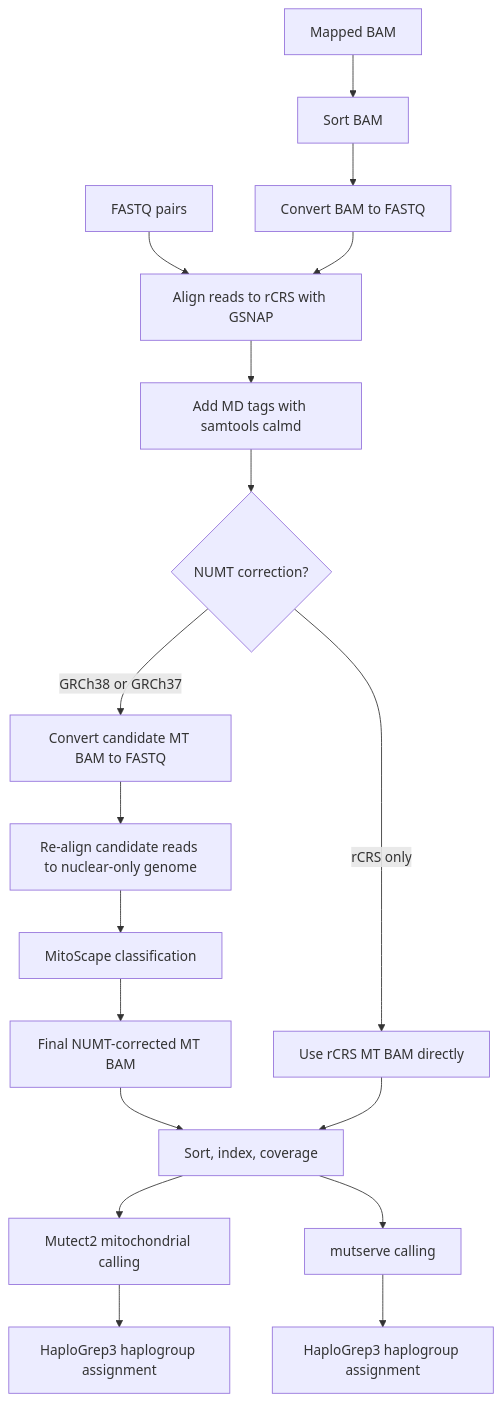
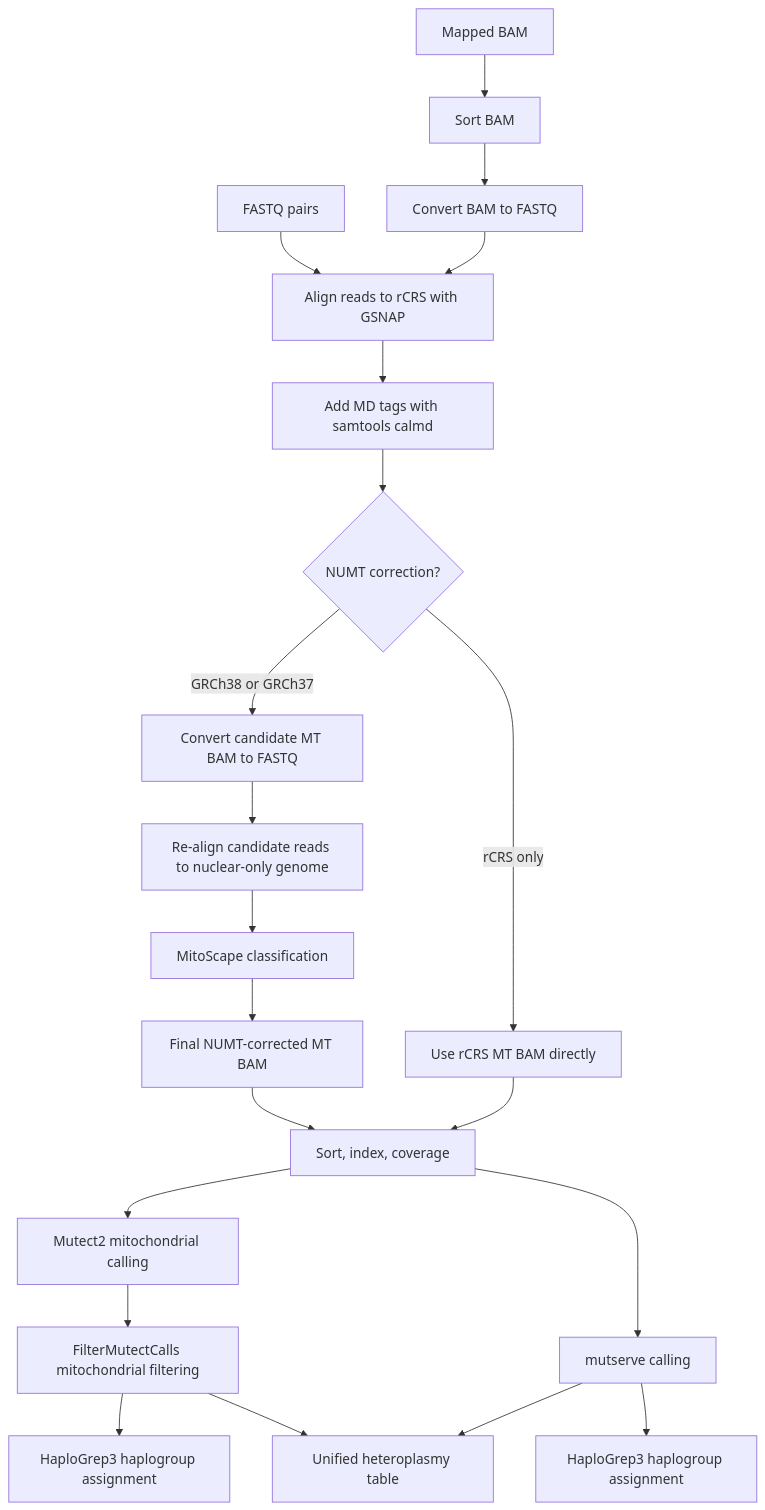
The diagram in README.md (aledavini7/clam-mitogenome-pipeline), drawn with Mermaid before and after one commit. The commit also changed other lines of this file and 9 other files, not shown here.

````diff
--- a/README.md
+++ b/README.md
@@ -17,20 +17,23 @@
 ```mermaid
 flowchart TD
     A[FASTQ pairs] --> C[Align reads to rCRS with GSNAP]
     B[Mapped BAM] --> B1[Sort BAM]
     B1 --> B2[Convert BAM to FASTQ]
     B2 --> C
     C --> D[Add MD tags with samtools calmd]
     D --> E{NUMT correction?}
     E -->|GRCh38 or GRCh37| F[Convert candidate MT BAM to FASTQ]
     F --> G[Re-align candidate reads to nuclear-only genome]
     G --> H[MitoScape classification]
     H --> I[Final NUMT-corrected MT BAM]
     E -->|rCRS only| J[Use rCRS MT BAM directly]
     I --> K[Sort, index, coverage]
     J --> K
     K --> L[Mutect2 mitochondrial calling]
     K --> M[mutserve calling]
-    L --> N[HaploGrep3 haplogroup assignment]
+    L --> L1[FilterMutectCalls mitochondrial filtering]
+    L1 --> N[HaploGrep3 haplogroup assignment]
     M --> O[HaploGrep3 haplogroup assignment]
+    L1 --> P[Unified heteroplasmy table]
+    M --> P
 ```
````
